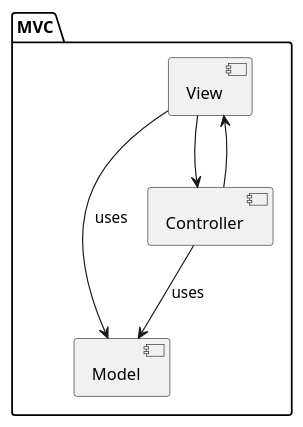
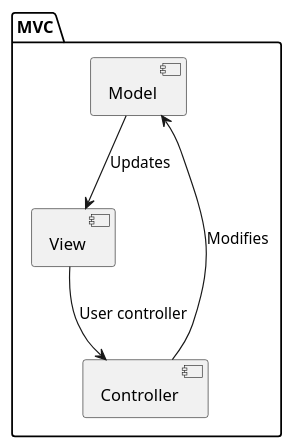
The diagram in src/docs/05_building_block_view.adoc (Arquisoft/viade_en1a), drawn with PlantUML before and after one commit.

Commit message:
Fix MVC diagram

```diff
--- a/src/docs/05_building_block_view.adoc
+++ b/src/docs/05_building_block_view.adoc
@@ -63,21 +63,18 @@
 [plantuml,"MVC Block Diagram",png]
 ----
 package "MVC" {
 
     [Model] as Model
 
     [View] as View
 
     [Controller] as Controller
 }
 
- 
 
-View --> Model : uses
+Controller --> Model: "Modifies"
 
-Controller --> Model: uses
+View --> Controller : "User controller"
 
-Controller --> View
-
-View --> Controller
+Model --> View : "Updates"
 ----
```
